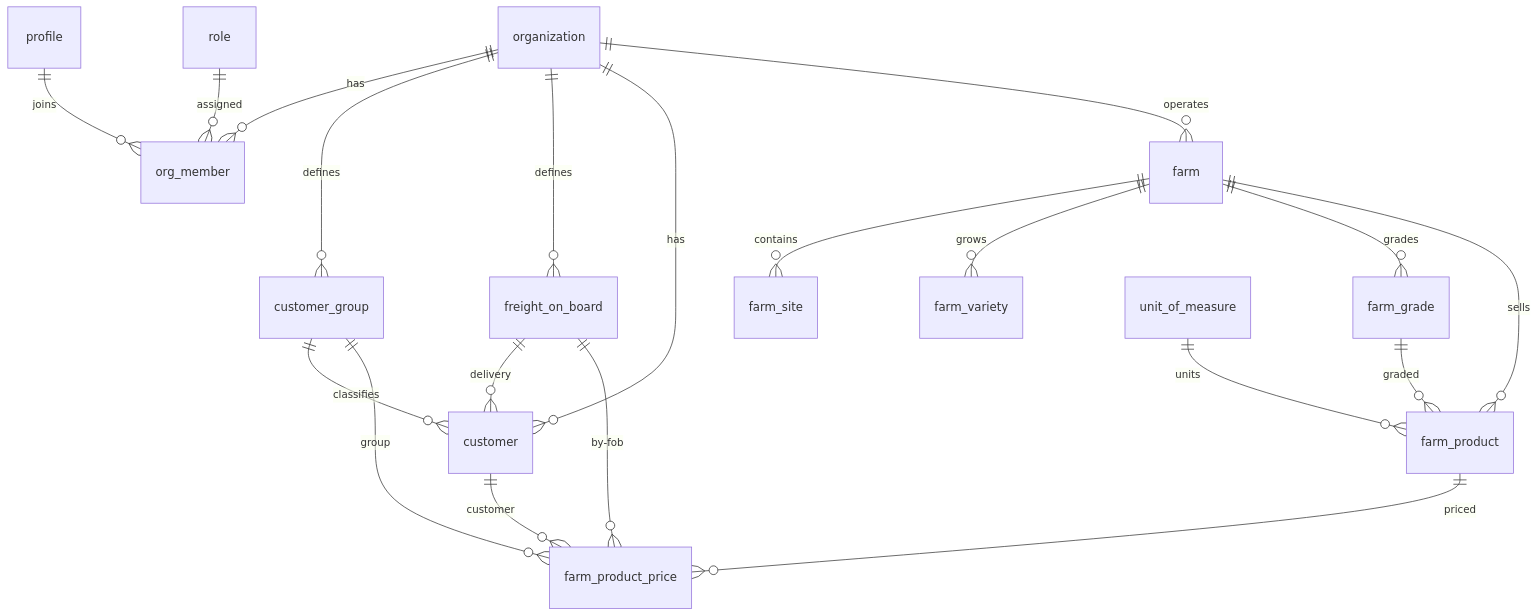
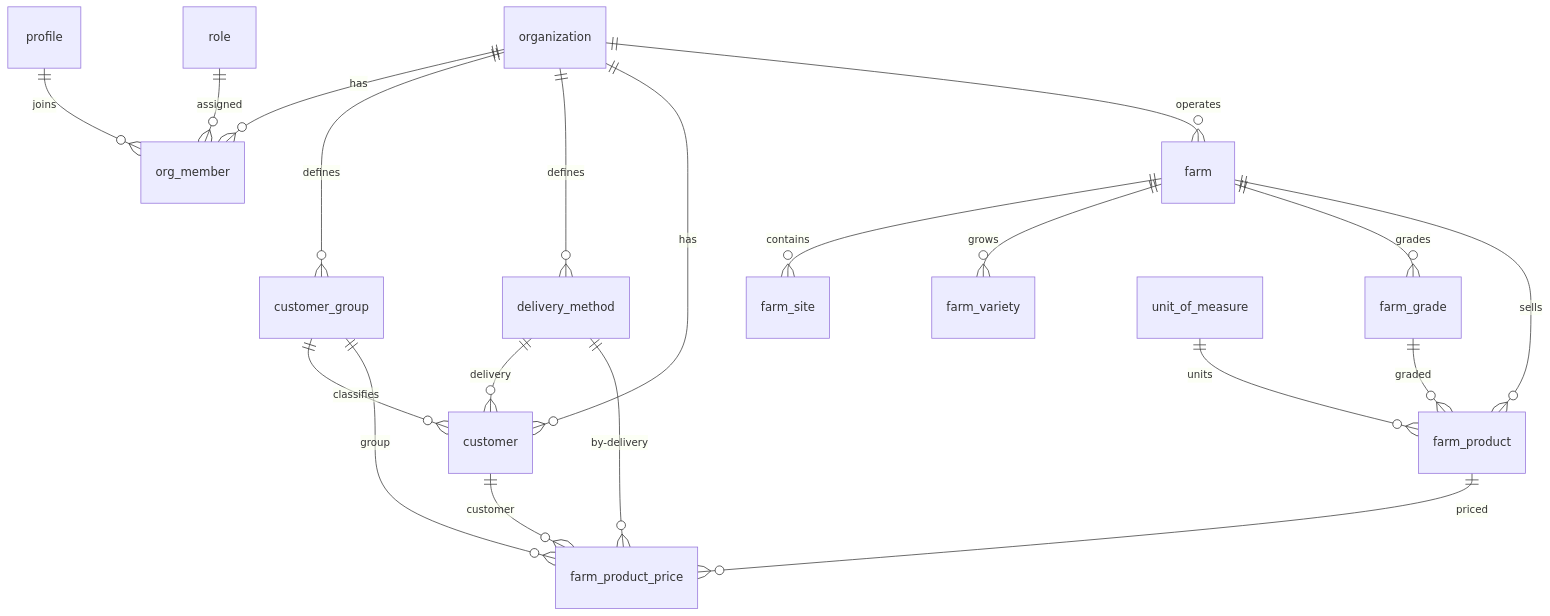
Before and after one commit to Hawaii-Farming/aloha-app: the diagram in docs/schemas/core.md, drawn with Mermaid. The commit also changed other lines of this file and 4 other files, not shown here.

````diff
--- a/docs/schemas/core.md
+++ b/docs/schemas/core.md
@@ -7,22 +7,22 @@
 ```mermaid
 erDiagram
     organization ||--o{ org_member : has
     profile ||--o{ org_member : joins
     role ||--o{ org_member : assigned
     organization ||--o{ customer_group : defines
-    organization ||--o{ freight_on_board : defines
+    organization ||--o{ delivery_method : defines
     organization ||--o{ customer : has
     customer_group ||--o{ customer : classifies
-    freight_on_board ||--o{ customer : delivery
+    delivery_method ||--o{ customer : delivery
     organization ||--o{ farm : operates
     farm ||--o{ farm_site : contains
     farm ||--o{ farm_variety : grows
     farm ||--o{ farm_grade : grades
     farm ||--o{ farm_product : sells
     farm_grade ||--o{ farm_product : graded
     unit_of_measure ||--o{ farm_product : units
     farm_product ||--o{ farm_product_price : priced
-    freight_on_board ||--o{ farm_product_price : by-fob
+    delivery_method ||--o{ farm_product_price : by-delivery
     customer ||--o{ farm_product_price : customer
     customer_group ||--o{ farm_product_price : group
 ```
````
